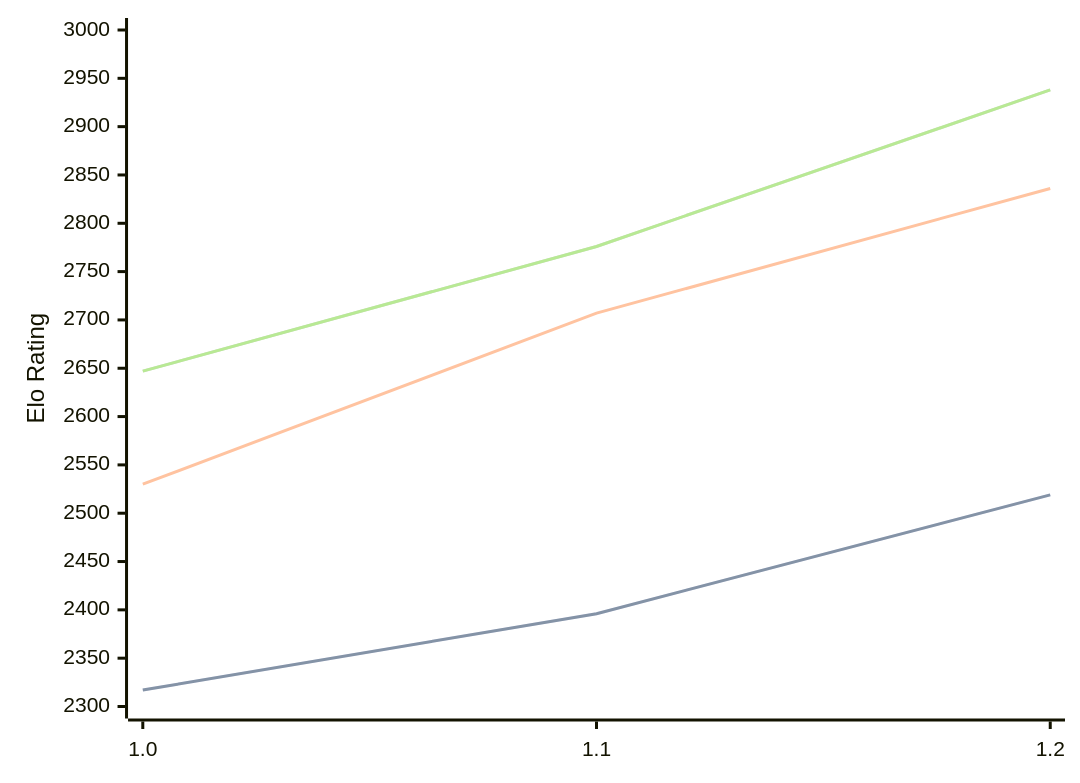
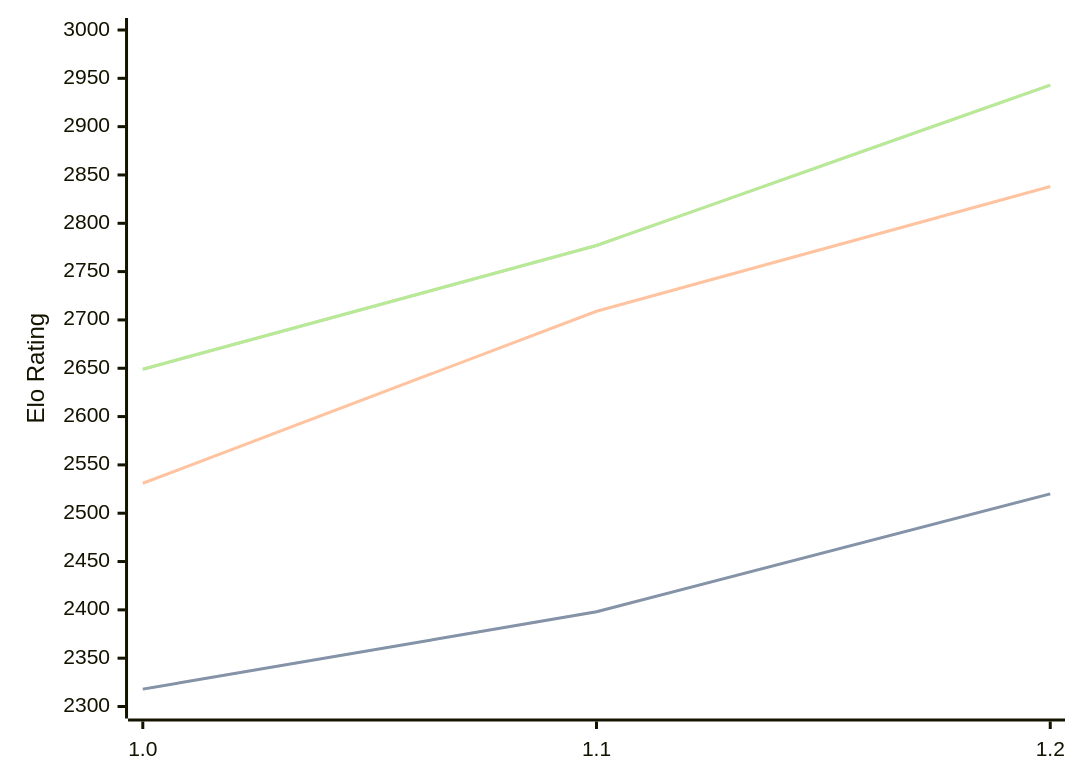
The diagram in engines/FoxChess.md (computer-chess-index/cci), drawn with Mermaid before and after one commit. The commit also changed other lines of this file, not shown here.

Commit message:
Update CCI Ratings (ELO VLTC) - 2026-09-01

````diff
--- a/engines/FoxChess.md
+++ b/engines/FoxChess.md
@@ -33,11 +33,11 @@
 ```mermaid
 %%{init: {"theme":"base","themeVariables":{"seriesColors:['#a3a3a3','#222221','#faa371']}}}%%
 xychart-beta
   x-axis ["1.0", "1.1", "1.2"]
   y-axis "Elo Rating" 2300 --> 3000
-  line "" [2317, 2396, 2519]
-  line "STC (8.0+0.08s)" [2317, 2396, 2519]
-  line "LTC (60.0+0.60s)" [2530, 2707, 2836]
-  line "" [2647, 2776, 2938]
-  line "VLTC (2m24s+1.12s)" [2647, 2776, 2938]
+  line "" [2318, 2398, 2520]
+  line "STC (8.0+0.08s)" [2318, 2398, 2520]
+  line "LTC (60.0+0.60s)" [2531, 2709, 2838]
+  line "" [2649, 2777, 2943]
+  line "VLTC (2m24s+1.12s)" [2649, 2777, 2943]
 ```
````
